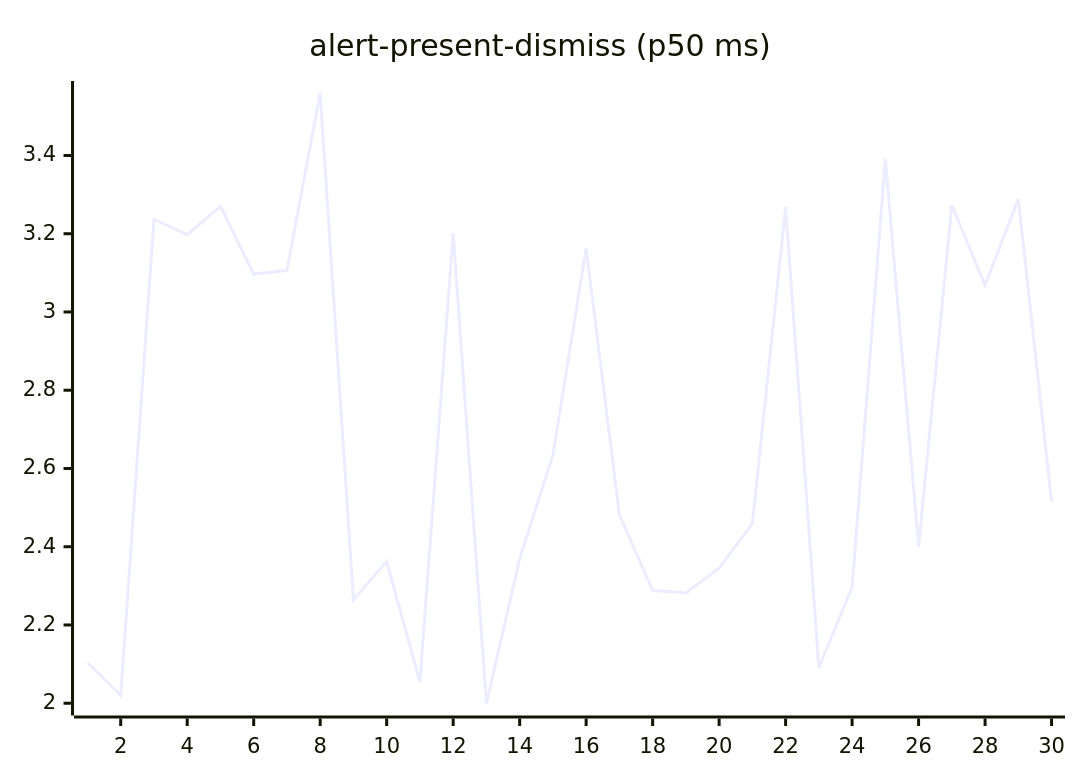
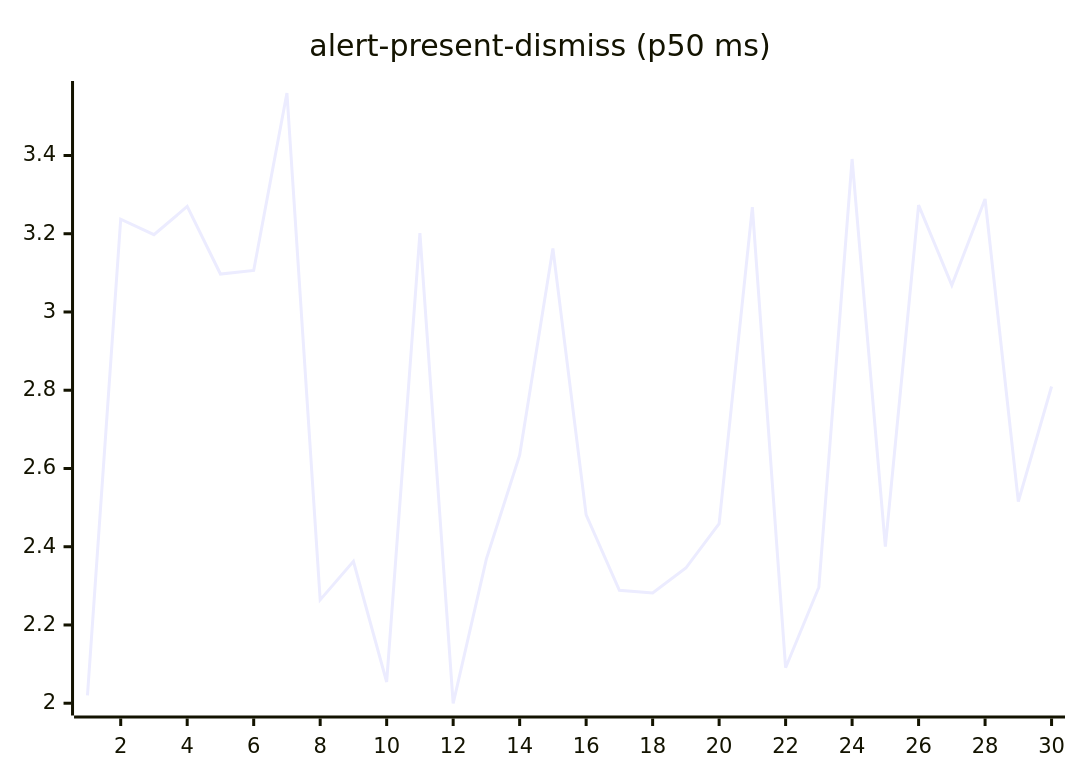
The second of 27 diagrams in README.md (josha/Facet), drawn with Mermaid before and after one commit. The commit also changed other lines of this file and 2 other files, not shown here.

````diff
--- a/README.md
+++ b/README.md
@@ -70,6 +70,6 @@
 ```mermaid
 xychart-beta
     title "alert-present-dismiss (p50 ms)"
     x-axis 1 --> 30
-    line [2.1040, 2.0200, 3.2371, 3.1976, 3.2697, 3.0970, 3.1061, 3.5597, 2.2642, 2.3626, 2.0543, 3.2013, 1.9993, 2.3689, 2.6340, 3.1626, 2.4814, 2.2888, 2.2819, 2.3455, 2.4588, 3.2682, 2.0908, 2.2965, 3.3910, 2.4000, 3.2732, 3.0684, 3.2888, 2.5156]
+    line [2.0200, 3.2371, 3.1976, 3.2697, 3.0970, 3.1061, 3.5597, 2.2642, 2.3626, 2.0543, 3.2013, 1.9993, 2.3689, 2.6340, 3.1626, 2.4814, 2.2888, 2.2819, 2.3455, 2.4588, 3.2682, 2.0908, 2.2965, 3.3910, 2.4000, 3.2732, 3.0684, 3.2888, 2.5156, 2.8095]
 ```
````
